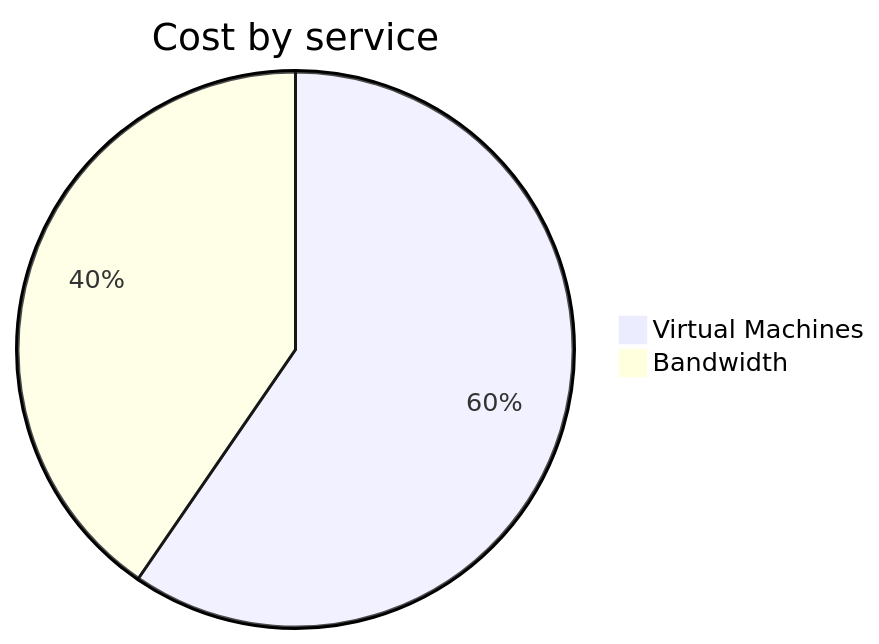
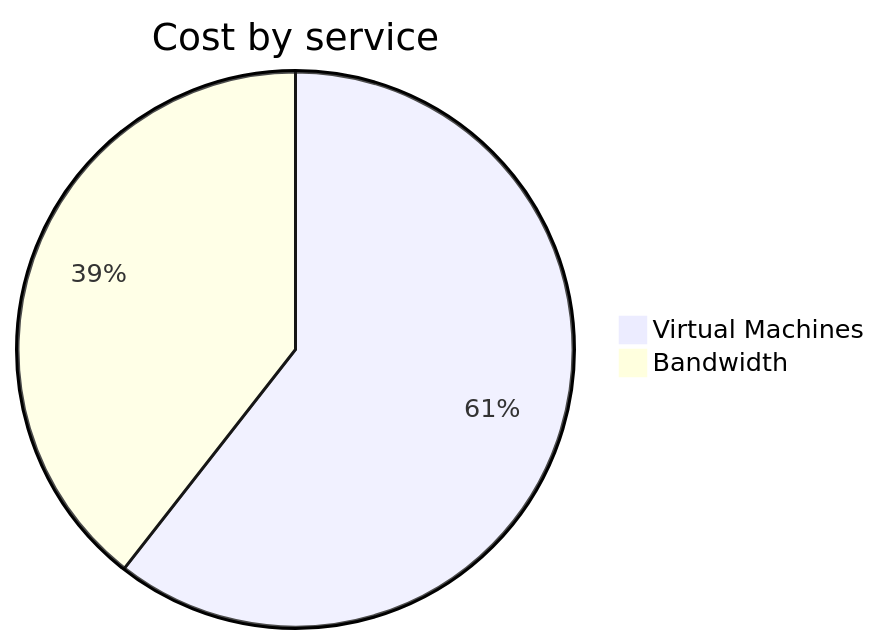
The second of 4 diagrams in cost-reports/personal-network/vpn-server.md (jpfulton/azure-personal-reports), drawn with Mermaid before and after one commit. The commit also changed other lines of this file and 8 other files, not shown here.

````diff
--- a/cost-reports/personal-network/vpn-server.md
+++ b/cost-reports/personal-network/vpn-server.md
@@ -96,6 +96,6 @@
 ```mermaid
 pie
    title Cost by service
-   "Virtual Machines" : 4.76
+   "Virtual Machines" : 4.96
    "Bandwidth" : 3.23
 ```
````
